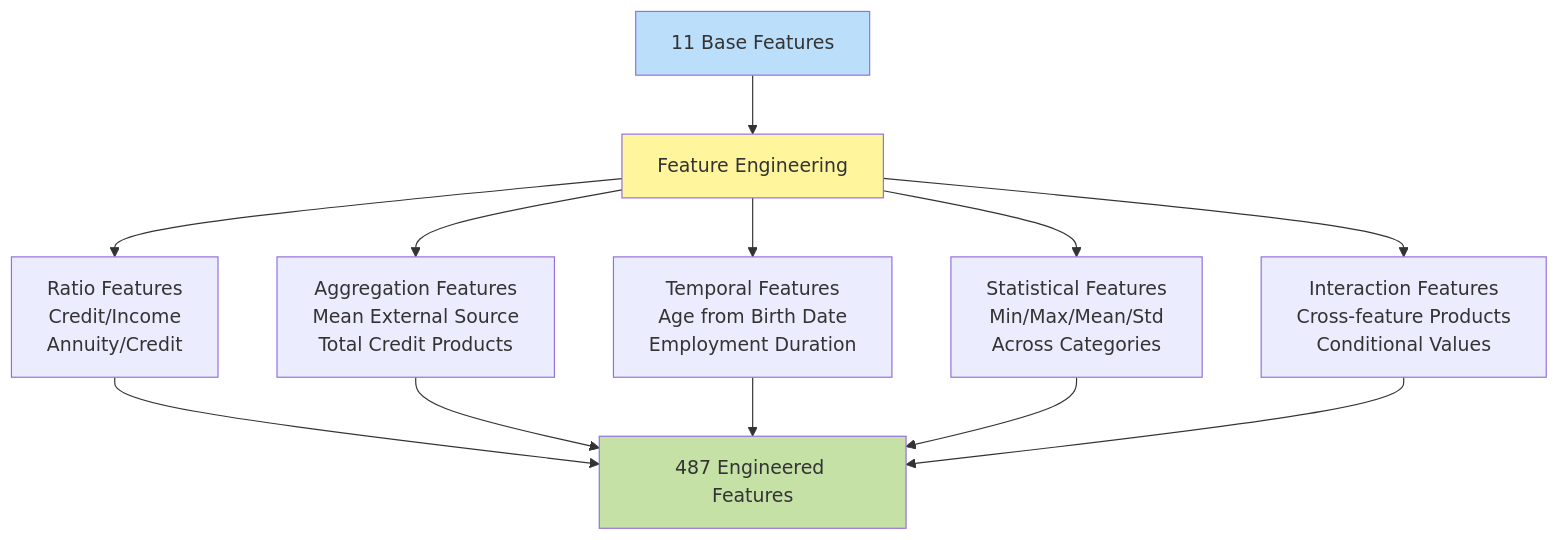
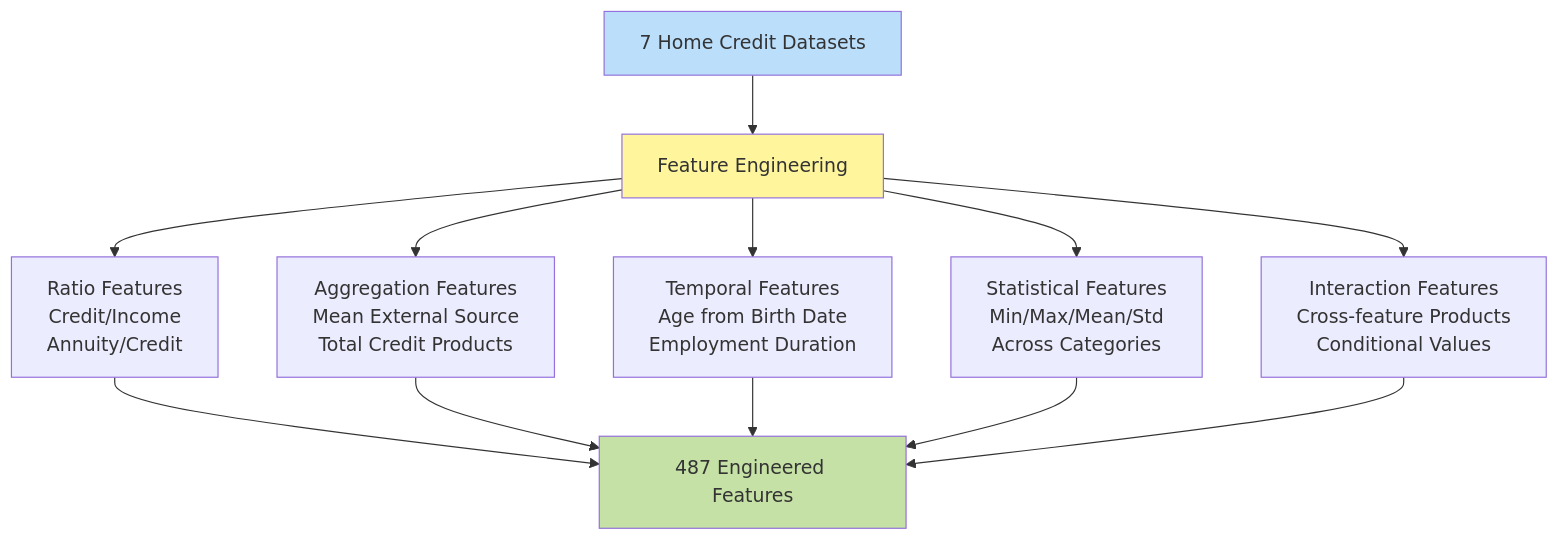
One commit to walterzenia/A-smart-Loan-default-hybrid-system changed the fifth of 22 diagrams in MODEL_ARCHITECTURE_FLOWCHART.md. Above: the diagram before and after it, drawn with Mermaid. The commit also changed other lines of this file and 14 other files, not shown here.

````diff
--- a/MODEL_ARCHITECTURE_FLOWCHART.md
+++ b/MODEL_ARCHITECTURE_FLOWCHART.md
@@ -165,20 +166,20 @@
 ```mermaid
 graph TD
-    Input[11 Base Features] --> FE[Feature Engineering]
+    Input[7 Home Credit Datasets] --> FE[Feature Engineering]
 
     FE --> Cat1[Ratio Features<br/>Credit/Income<br/>Annuity/Credit]
     FE --> Cat2[Aggregation Features<br/>Mean External Source<br/>Total Credit Products]
     FE --> Cat3[Temporal Features<br/>Age from Birth Date<br/>Employment Duration]
     FE --> Cat4[Statistical Features<br/>Min/Max/Mean/Std<br/>Across Categories]
     FE --> Cat5[Interaction Features<br/>Cross-feature Products<br/>Conditional Values]
 
     Cat1 --> Output[487 Engineered Features]
     Cat2 --> Output
     Cat3 --> Output
     Cat4 --> Output
     Cat5 --> Output
 
     style Input fill:#bbdefb
     style FE fill:#fff59d
     style Output fill:#c5e1a5
 ```
````
